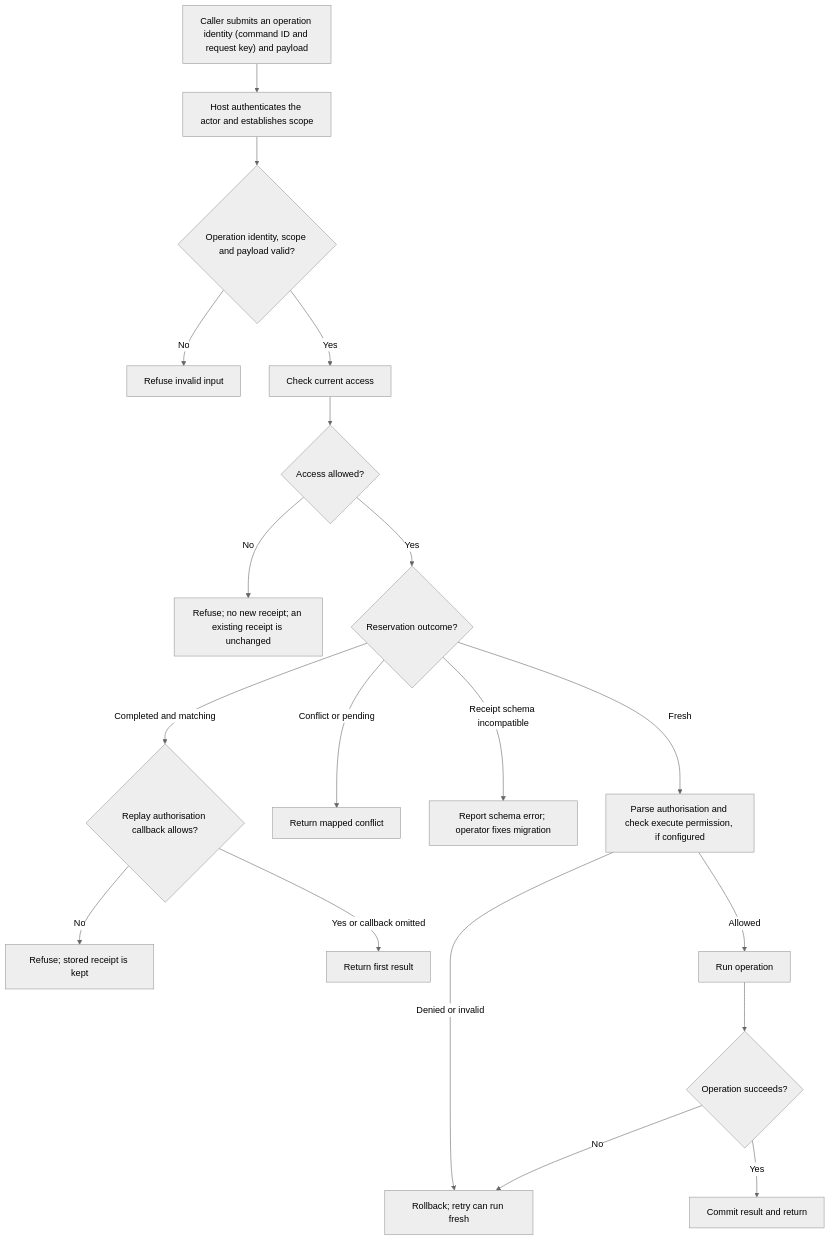
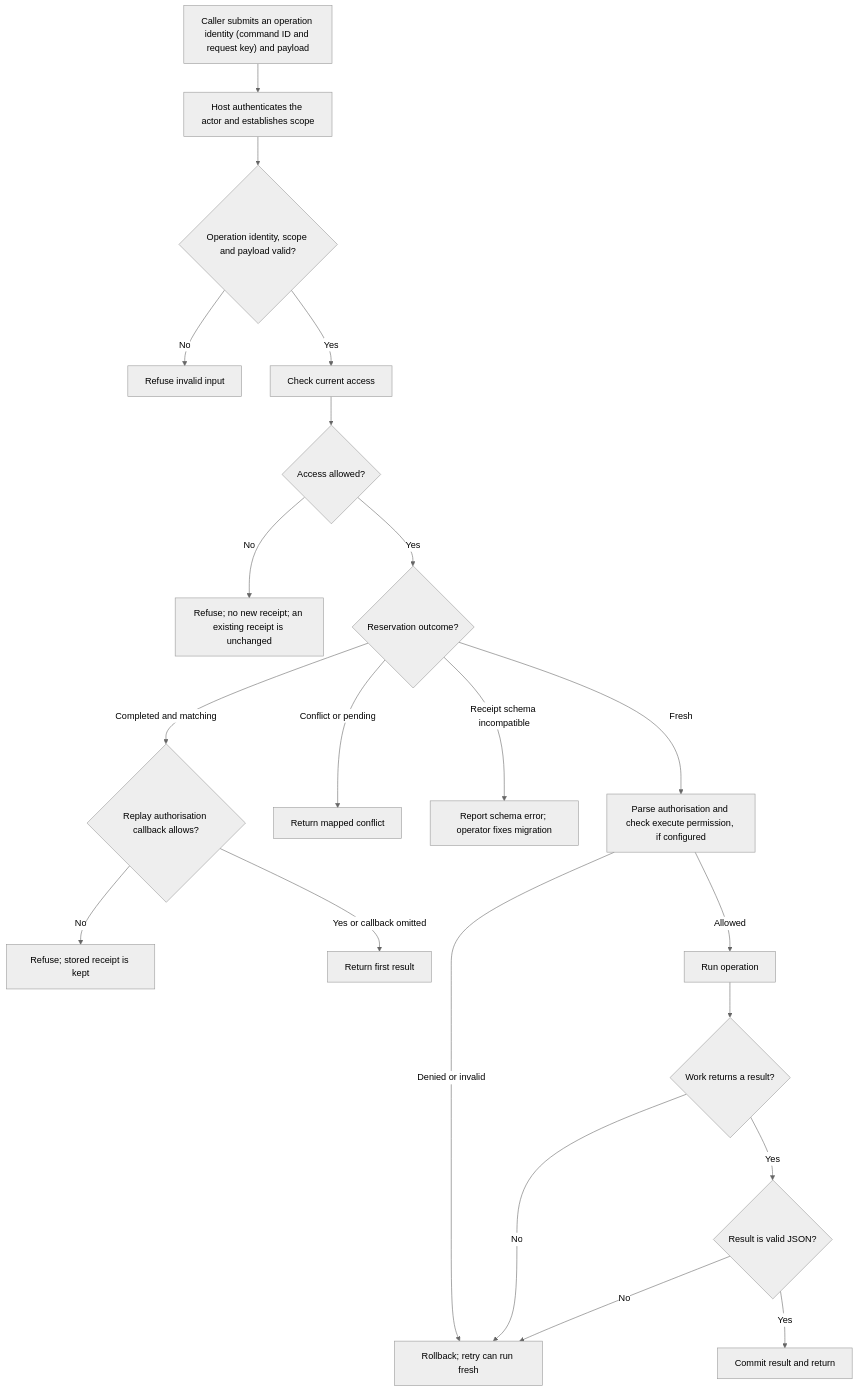
One commit to Kevinjohn/oss-adonisjs-duplicate-request-guard changed the first of 2 diagrams in user-stories/US-GUARD-01-execute-command.md. Above: the diagram before and after it, drawn with Mermaid (neutral theme). The commit also changed other lines of this file, not shown here.

Commit message:
Clarify nested operations and invalid result rollback

````diff
--- a/user-stories/US-GUARD-01-execute-command.md
+++ b/user-stories/US-GUARD-01-execute-command.md
@@ -33,21 +33,23 @@
 ```mermaid
 flowchart TD
     A["Caller submits an operation identity (command ID and request key) and payload"] --> B["Host authenticates the actor and establishes scope"]
     B --> V{"Operation identity, scope and payload valid?"}
     V -->|No| X["Refuse invalid input"]
     V -->|Yes| C["Check current access"]
     C --> C2{"Access allowed?"}
     C2 -->|No| C3["Refuse; no new receipt; an existing receipt is unchanged"]
     C2 -->|Yes| D{"Reservation outcome?"}
     D -->|Completed and matching| R{"Replay authorisation callback allows?"}
     R -->|No| R2["Refuse; stored receipt is kept"]
     R -->|Yes or callback omitted| E["Return first result"]
     D -->|Conflict or pending| F["Return mapped conflict"]
     D -->|Receipt schema incompatible| F2["Report schema error; operator fixes migration"]
     D -->|Fresh| P["Parse authorisation and check execute permission, if configured"]
     P -->|Denied or invalid| I
     P -->|Allowed| G["Run operation"]
-    G --> H{"Operation succeeds?"}
+    G --> H{"Work returns a result?"}
     H -->|No| I["Rollback; retry can run fresh"]
-    H -->|Yes| J["Commit result and return"]
+    H -->|Yes| Q{"Result is valid JSON?"}
+    Q -->|No| I
+    Q -->|Yes| J["Commit result and return"]
 ```
````
